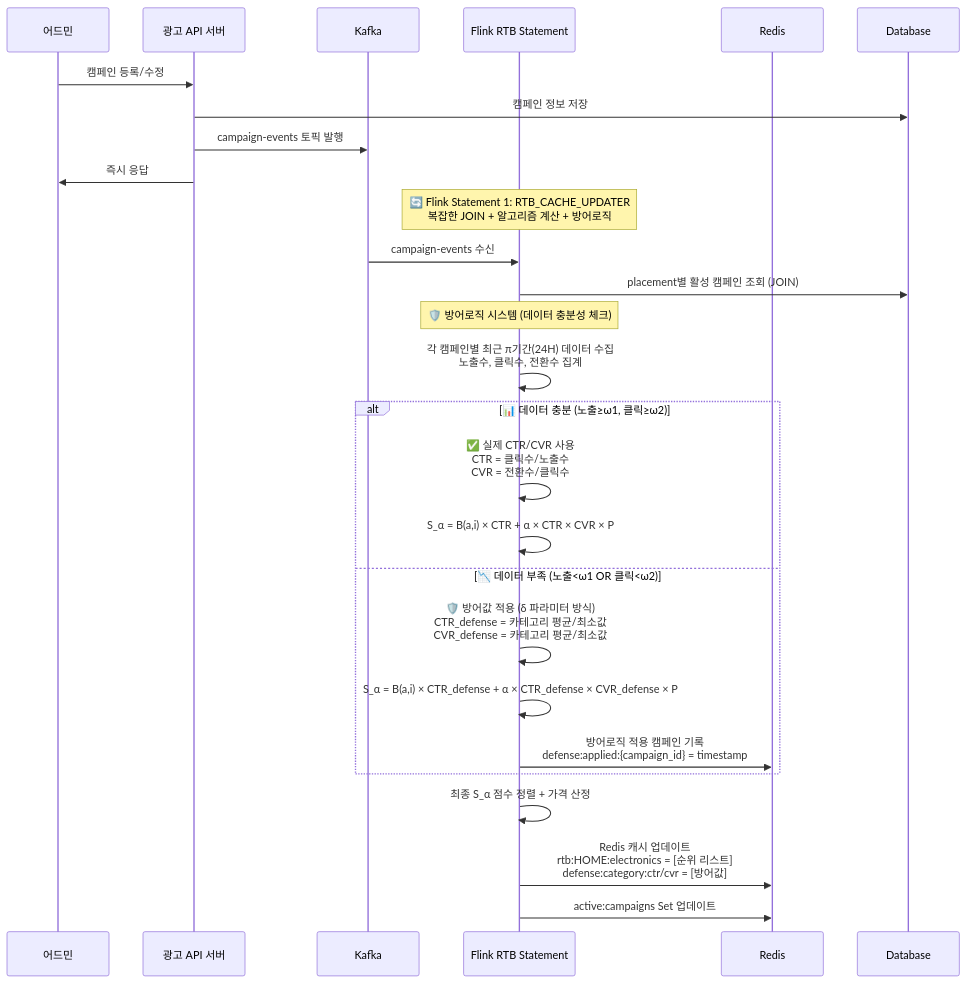
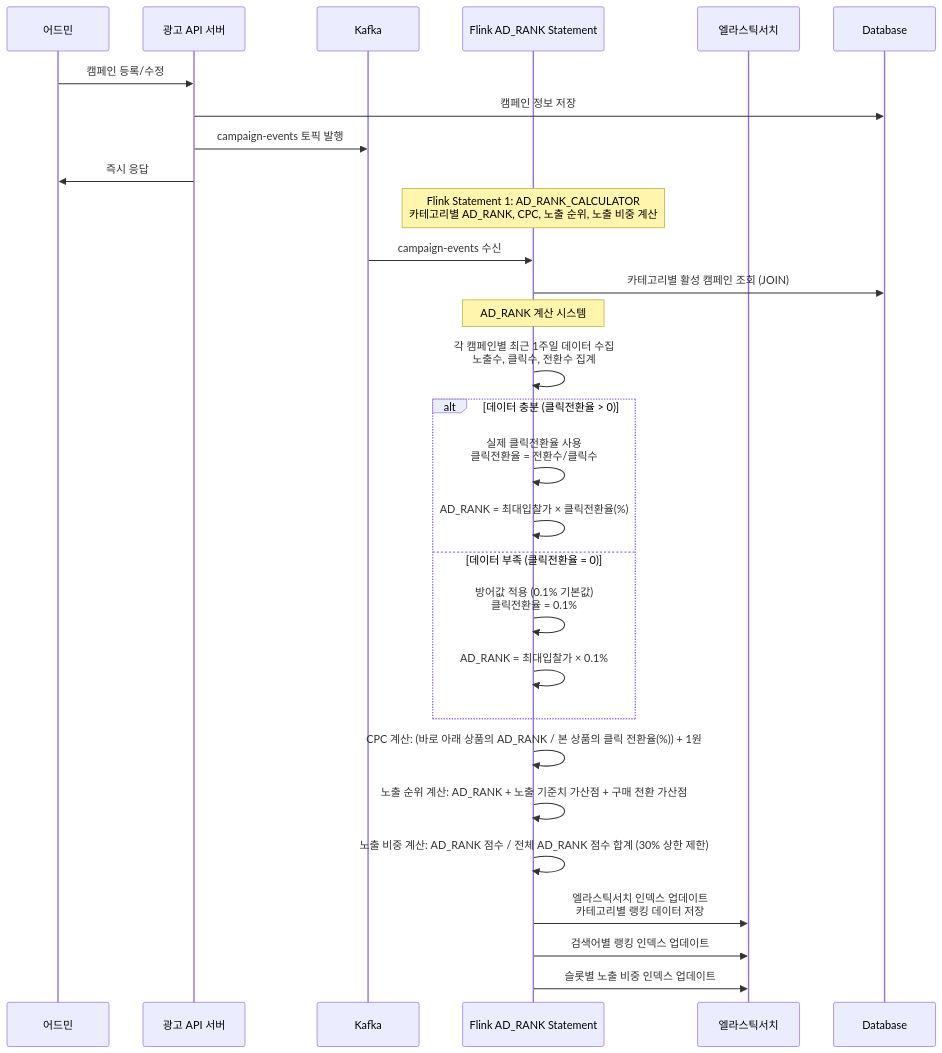
Before and after one commit to smk692/advertisement-project: the second of 6 diagrams in docs/2. 설계/2-2. 아키텍처.md, drawn with Mermaid. The commit also changed other lines of this file and 15 other files, not shown here.

````diff
--- a/docs/2. 설계/2-2. 아키텍처.md
+++ b/docs/2. 설계/2-2. 아키텍처.md
@@ -110,35 +117,37 @@
 ```mermaid
 sequenceDiagram
     participant Admin as 어드민
     participant API as 광고 API 서버
     participant K as Kafka
-    participant F as Flink RTB Statement
-    participant R as Redis
+    participant F as Flink AD_RANK Statement
+    participant ES as 엘라스틱서치
     participant DB as Database
     
     Admin->>API: 캠페인 등록/수정
     API->>DB: 캠페인 정보 저장
     API->>K: campaign-events 토픽 발행
     API->>Admin: 즉시 응답
     
-    Note over F: 🔄 Flink Statement 1: RTB_CACHE_UPDATER<br/>복잡한 JOIN + 알고리즘 계산 + 방어로직
+    Note over F: Flink Statement 1: AD_RANK_CALCULATOR<br/>카테고리별 AD_RANK, CPC, 노출 순위, 노출 비중 계산
     K->>F: campaign-events 수신
     
-    F->>DB: placement별 활성 캠페인 조회 (JOIN)
+    F->>DB: 카테고리별 활성 캠페인 조회 (JOIN)
     
-    Note over F: 🛡️ 방어로직 시스템 (데이터 충분성 체크)
-    F->>F: 각 캠페인별 최근 π기간(24H) 데이터 수집<br/>노출수, 클릭수, 전환수 집계
+    Note over F: AD_RANK 계산 시스템
+    F->>F: 각 캠페인별 최근 1주일 데이터 수집<br/>노출수, 클릭수, 전환수 집계
     
-    alt 📊 데이터 충분 (노출≥ω1, 클릭≥ω2)
-        F->>F: ✅ 실제 CTR/CVR 사용<br/>CTR = 클릭수/노출수<br/>CVR = 전환수/클릭수
-        F->>F: S_α = B(a,i) × CTR + α × CTR × CVR × P
-    else 📉 데이터 부족 (노출<ω1 OR 클릭<ω2)  
-        F->>F: 🛡️ 방어값 적용 (δ 파라미터 방식)<br/>CTR_defense = 카테고리 평균/최소값<br/>CVR_defense = 카테고리 평균/최소값
-        F->>F: S_α = B(a,i) × CTR_defense + α × CTR_defense × CVR_defense × P
-        F->>R: 방어로직 적용 캠페인 기록<br/>defense:applied:{campaign_id} = timestamp
+    alt 데이터 충분 (클릭전환율 > 0)
+        F->>F: 실제 클릭전환율 사용<br/>클릭전환율 = 전환수/클릭수
+        F->>F: AD_RANK = 최대입찰가 × 클릭전환율(%)
+    else 데이터 부족 (클릭전환율 = 0)  
+        F->>F: 방어값 적용 (0.1% 기본값)<br/>클릭전환율 = 0.1%
+        F->>F: AD_RANK = 최대입찰가 × 0.1%
     end
     
-    F->>F: 최종 S_α 점수 정렬 + 가격 산정
-    F->>R: Redis 캐시 업데이트<br/>rtb:HOME:electronics = [순위 리스트]<br/>defense:category:ctr/cvr = [방어값]
-    F->>R: active:campaigns Set 업데이트
+    F->>F: CPC 계산: (바로 아래 상품의 AD_RANK / 본 상품의 클릭 전환율(%)) + 1원
+    F->>F: 노출 순위 계산: AD_RANK + 노출 기준치 가산점 + 구매 전환 가산점
+    F->>F: 노출 비중 계산: AD_RANK 점수 / 전체 AD_RANK 점수 합계 (30% 상한 제한)
+    F->>ES: 엘라스틱서치 인덱스 업데이트<br/>카테고리별 랭킹 데이터 저장
+    F->>ES: 검색어별 랭킹 인덱스 업데이트
+    F->>ES: 슬롯별 노출 비중 인덱스 업데이트
 ```
````
